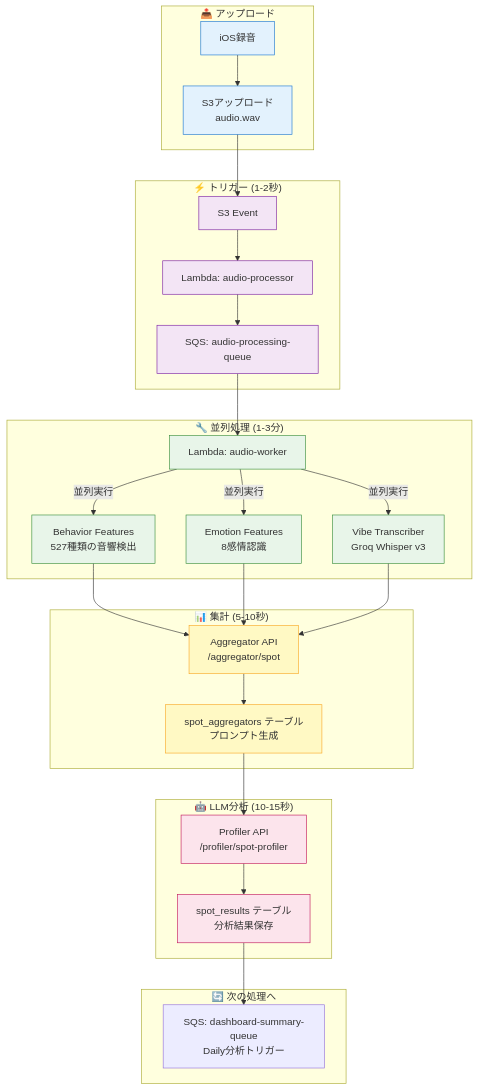
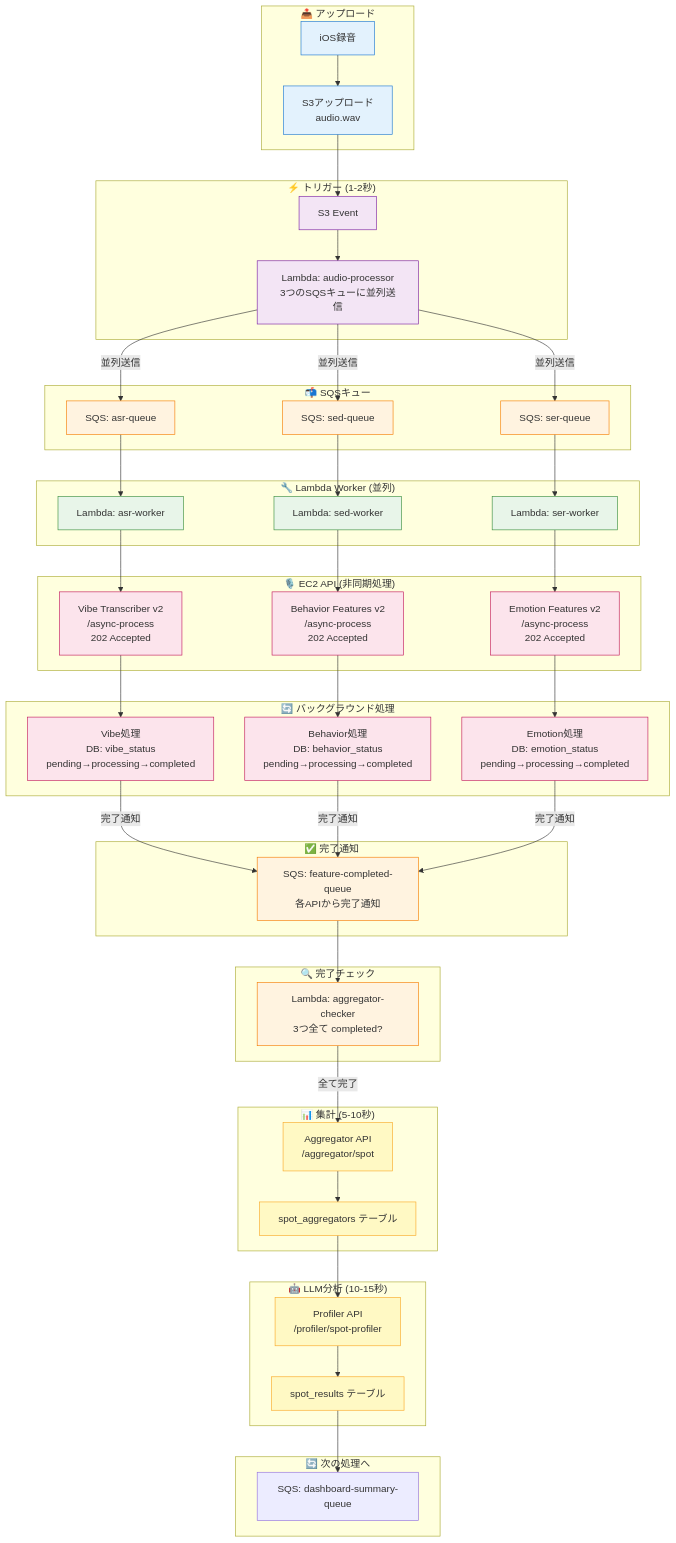
Before and after one commit to hey-watchme/server-configs: the first of 3 diagrams in docs/PROCESSING_ARCHITECTURE.md, drawn with Mermaid. The commit also changed other lines of this file and 2 other files, not shown here.

````diff
--- a/docs/PROCESSING_ARCHITECTURE.md
+++ b/docs/PROCESSING_ARCHITECTURE.md
@@ -46,49 +54,83 @@
 
     subgraph Trigger["⚡ トリガー (1-2秒)"]
         C[S3 Event]
-        D[Lambda: audio-processor]
-        E[SQS: audio-processing-queue]
+        D[Lambda: audio-processor<br/>3つのSQSキューに並列送信]
     end
 
-    subgraph Worker["🔧 並列処理 (1-3分)"]
-        F[Lambda: audio-worker]
-        G1[Behavior Features<br/>527種類の音響検出]
-        G2[Emotion Features<br/>8感情認識]
-        G3[Vibe Transcriber<br/>Groq Whisper v3]
+    subgraph Queue["📬 SQSキュー"]
+        E1[SQS: asr-queue]
+        E2[SQS: sed-queue]
+        E3[SQS: ser-queue]
+    end
+
+    subgraph Worker["🔧 Lambda Worker (並列)"]
+        F1[Lambda: asr-worker]
+        F2[Lambda: sed-worker]
+        F3[Lambda: ser-worker]
+    end
+
+    subgraph API["🎙️ EC2 API (非同期処理)"]
+        G1[Vibe Transcriber v2<br/>/async-process<br/>202 Accepted]
+        G2[Behavior Features v2<br/>/async-process<br/>202 Accepted]
+        G3[Emotion Features v2<br/>/async-process<br/>202 Accepted]
+    end
+
+    subgraph Background["🔄 バックグラウンド処理"]
+        H1[Vibe処理<br/>DB: vibe_status<br/>pending→processing→completed]
+        H2[Behavior処理<br/>DB: behavior_status<br/>pending→processing→completed]
+        H3[Emotion処理<br/>DB: emotion_status<br/>pending→processing→completed]
+    end
+
+    subgraph Completion["✅ 完了通知"]
+        I[SQS: feature-completed-queue<br/>各APIから完了通知]
+    end
+
+    subgraph Checker["🔍 完了チェック"]
+        J[Lambda: aggregator-checker<br/>3つ全て completed?]
     end
 
     subgraph Aggregation["📊 集計 (5-10秒)"]
-        H[Aggregator API<br/>/aggregator/spot]
-        I[spot_aggregators テーブル<br/>プロンプト生成]
+        K[Aggregator API<br/>/aggregator/spot]
+        L[spot_aggregators テーブル]
     end
 
     subgraph Analysis["🤖 LLM分析 (10-15秒)"]
-        J[Profiler API<br/>/profiler/spot-profiler]
-        K[spot_results テーブル<br/>分析結果保存]
+        M[Profiler API<br/>/profiler/spot-profiler]
+        N[spot_results テーブル]
     end
 
     subgraph NextStep["🔄 次の処理へ"]
-        L[SQS: dashboard-summary-queue<br/>Daily分析トリガー]
+        O[SQS: dashboard-summary-queue]
     end
 
-    A --> B --> C --> D --> E --> F
-    F -->|並列実行| G1
-    F -->|並列実行| G2
-    F -->|並列実行| G3
-    G1 --> H
-    G2 --> H
-    G3 --> H
-    H --> I --> J --> K --> L
+    A --> B --> C --> D
+    D -->|並列送信| E1
+    D -->|並列送信| E2
+    D -->|並列送信| E3
+
+    E1 --> F1 --> G1 --> H1
+    E2 --> F2 --> G2 --> H2
+    E3 --> F3 --> G3 --> H3
+
+    H1 -->|完了通知| I
+    H2 -->|完了通知| I
+    H3 -->|完了通知| I
+
+    I --> J
+    J -->|全て完了| K --> L --> M --> N --> O
 
     classDef uploadStyle fill:#e3f2fd,stroke:#1976d2
     classDef triggerStyle fill:#f3e5f5,stroke:#7b1fa2
+    classDef queueStyle fill:#fff3e0,stroke:#f57c00
     classDef workerStyle fill:#e8f5e9,stroke:#388e3c
+    classDef apiStyle fill:#fce4ec,stroke:#c2185b
     classDef aggStyle fill:#fff9c4,stroke:#f9a825
-    classDef analysisStyle fill:#fce4ec,stroke:#c2185b
 
     class A,B uploadStyle
-    class C,D,E triggerStyle
-    class F,G1,G2,G3 workerStyle
-    class H,I aggStyle
-    class J,K analysisStyle
+    class C,D triggerStyle
+    class E1,E2,E3 queueStyle
+    class F1,F2,F3 workerStyle
+    class G1,G2,G3,H1,H2,H3 apiStyle
+    class I,J queueStyle
+    class K,L,M,N aggStyle
 ```
````
